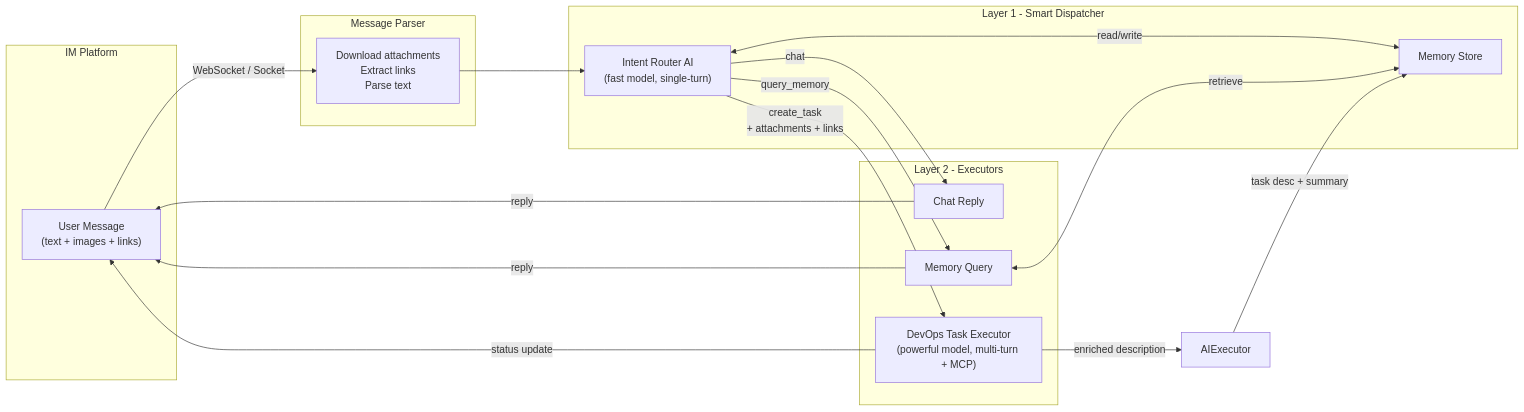
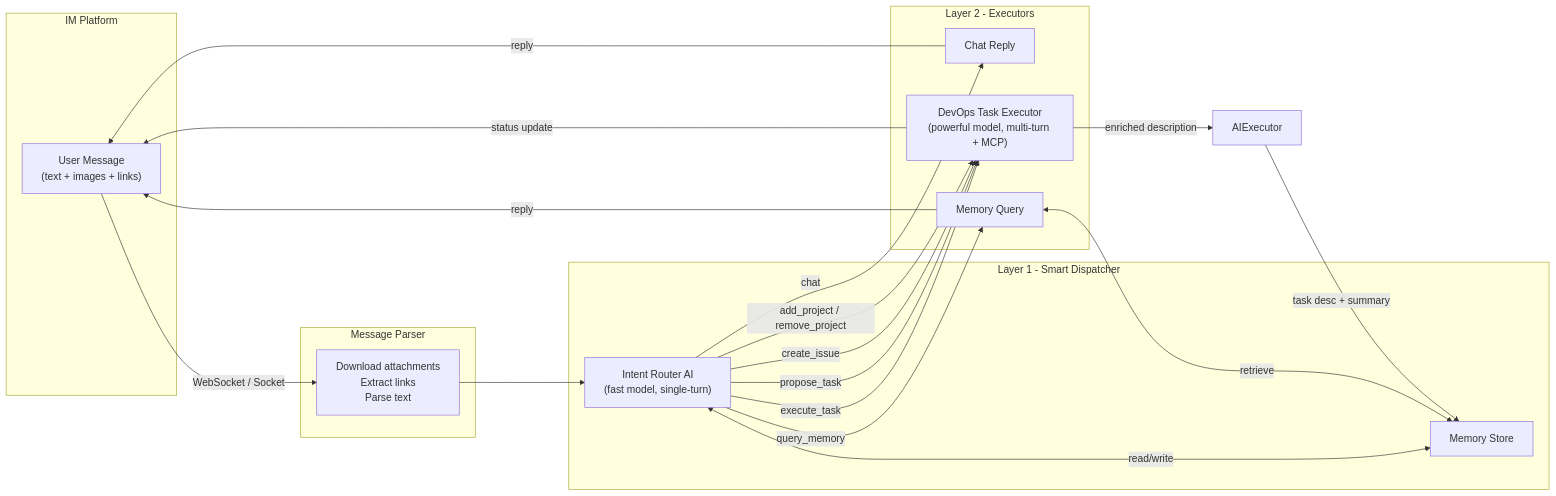
Before and after one commit to xxxxxccc/devops-bot: the first of 3 diagrams in README.md, drawn with Mermaid. The commit also changed other lines of this file and 50 other files, not shown here.

````diff
--- a/README.md
+++ b/README.md
@@ -11,34 +15,37 @@
 ```mermaid
 flowchart LR
     subgraph im [IM Platform]
         Msg["User Message\n(text + images + links)"]
     end
 
     subgraph parse [Message Parser]
         Parser["Download attachments\nExtract links\nParse text"]
     end
 
     subgraph layer1 [Layer 1 - Smart Dispatcher]
         Router["Intent Router AI\n(fast model, single-turn)"]
         Memory["Memory Store"]
     end
 
     subgraph layer2 [Layer 2 - Executors]
         ChatReply["Chat Reply"]
         MemoryQuery["Memory Query"]
         TaskExec["DevOps Task Executor\n(powerful model, multi-turn + MCP)"]
     end
 
     Msg -->|"WebSocket / Socket"| Parser
     Parser --> Router
     Router -->|"chat"| ChatReply
     Router -->|"query_memory"| MemoryQuery
-    Router -->|"create_task\n+ attachments + links"| TaskExec
+    Router -->|"execute_task"| TaskExec
+    Router -->|"propose_task"| TaskExec
+    Router -->|"create_issue"| TaskExec
+    Router -->|"add_project / remove_project"| TaskExec
     Router <-->|"read/write"| Memory
     MemoryQuery <-->|"retrieve"| Memory
     TaskExec -->|"enriched description"| Executor["AIExecutor"]
     ChatReply -->|"reply"| Msg
     MemoryQuery -->|"reply"| Msg
     TaskExec -->|"status update"| Msg
     Executor -->|"task desc + summary"| Memory
 ```
````
